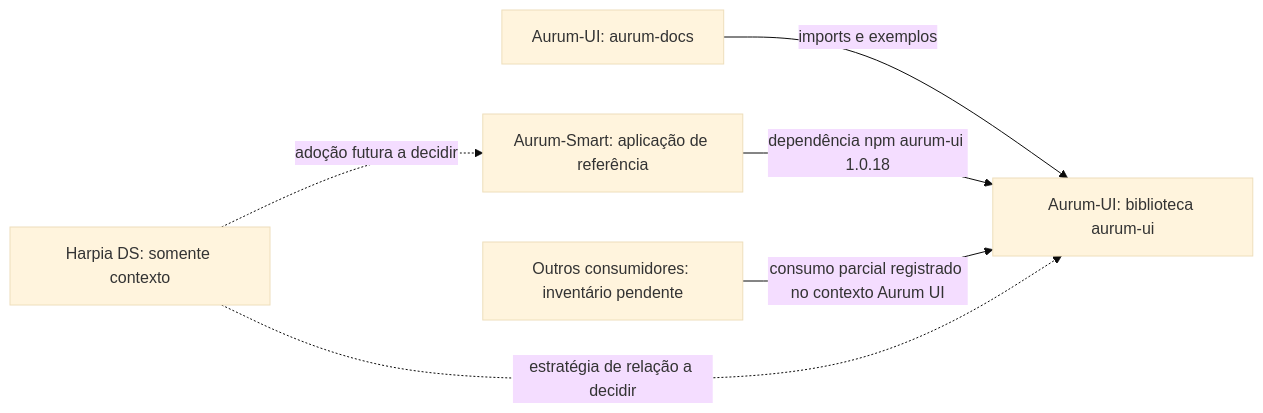
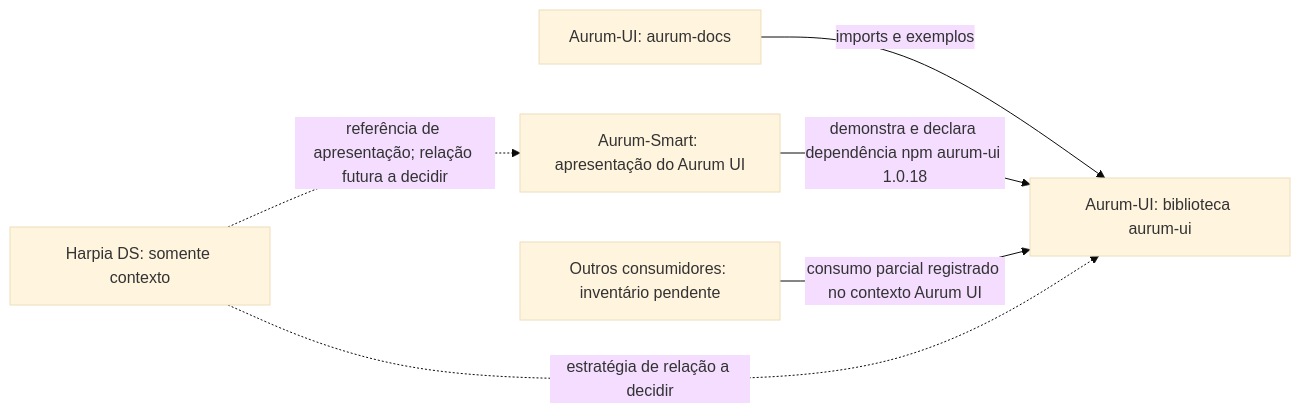
Before and after one commit to rysecodebr/harpia-ds: the first of 2 diagrams in docs/context/graph.md, drawn with Mermaid (base theme). The commit also changed 4 other files, not shown here.

Commit message:
docs(contexto): esclarece papel da vitrine Aurum-Smart

````diff
--- a/docs/context/graph.md
+++ b/docs/context/graph.md
@@ -5,14 +5,14 @@
 ```mermaid
 flowchart LR
     AurumUI["Aurum-UI: biblioteca aurum-ui"]
     AurumDocs["Aurum-UI: aurum-docs"]
-    Smart["Aurum-Smart: aplicação de referência"]
+    Smart["Aurum-Smart: apresentação do Aurum UI"]
     Harpia["Harpia DS: somente contexto"]
     Consumers["Outros consumidores: inventário pendente"]
 
     AurumDocs -->|imports e exemplos| AurumUI
-    Smart -->|dependência npm aurum-ui 1.0.18| AurumUI
+    Smart -->|demonstra e declara dependência npm aurum-ui 1.0.18| AurumUI
     Consumers -->|consumo parcial registrado no contexto Aurum UI| AurumUI
     Harpia -.->|estratégia de relação a decidir| AurumUI
-    Harpia -.->|adoção futura a decidir| Smart
+    Harpia -.->|referência de apresentação; relação futura a decidir| Smart
 ```
````
